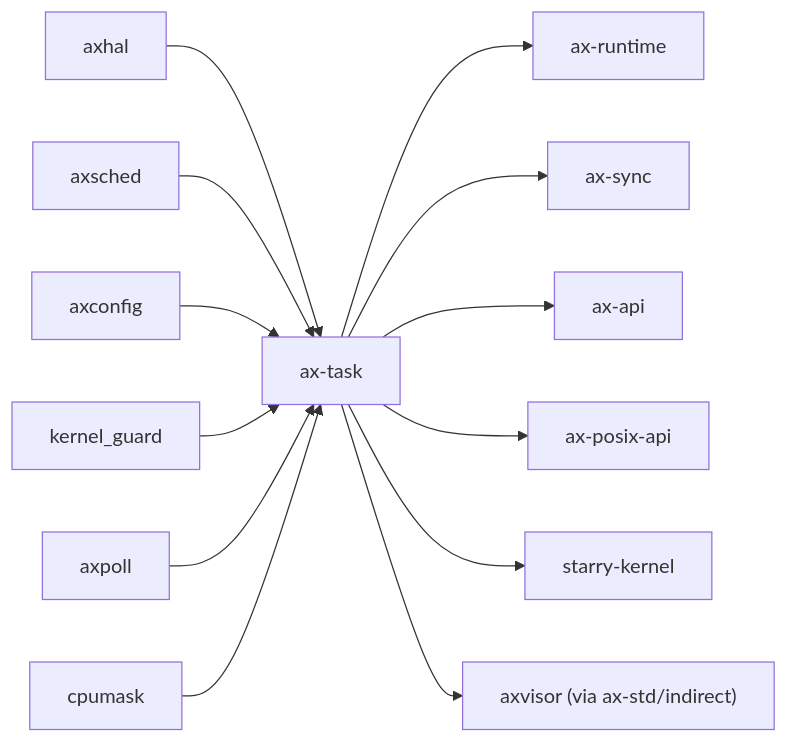
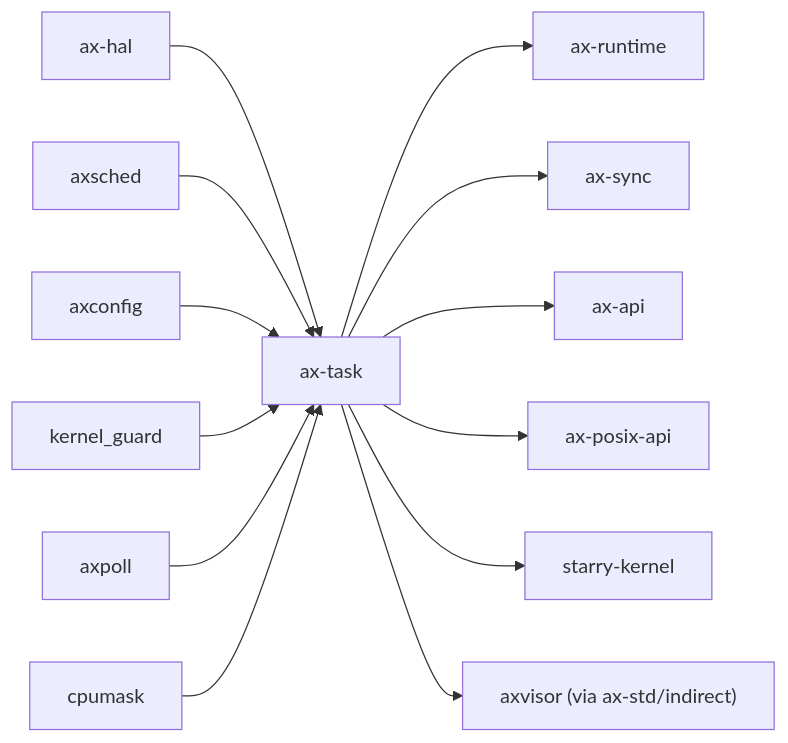
Before and after one commit to zKurisu/tgoskits: the second of 2 diagrams in docs/crates/ax-task.md, drawn with Mermaid. The commit also changed other lines of this file and 158 other files, not shown here.

Commit message:
rename axhal to ax-hal

````diff
--- a/docs/crates/ax-task.md
+++ b/docs/crates/ax-task.md
@@ -122,16 +122,16 @@
 ```mermaid
 graph LR
-    axhal["axhal"] --> ax-task["ax-task"]
+    ax-hal["ax-hal"] --> ax-task["ax-task"]
     axsched["axsched"] --> ax-task
     axconfig["axconfig"] --> ax-task
     kernel_guard["kernel_guard"] --> ax-task
     axpoll["axpoll"] --> ax-task
     cpumask["cpumask"] --> ax-task
 
     ax-task --> ax-runtime["ax-runtime"]
     ax-task --> ax-sync["ax-sync"]
     ax-task --> ax-api["ax-api"]
     ax-task --> ax-posix-api["ax-posix-api"]
     ax-task --> starry["starry-kernel"]
     ax-task --> axvisor["axvisor (via ax-std/indirect)"]
 ```
````
